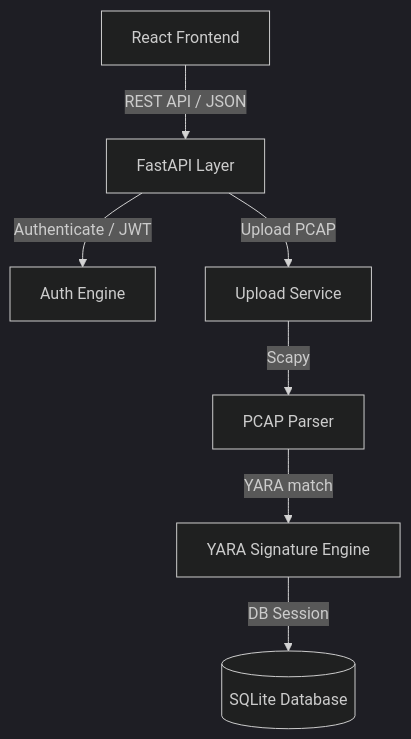
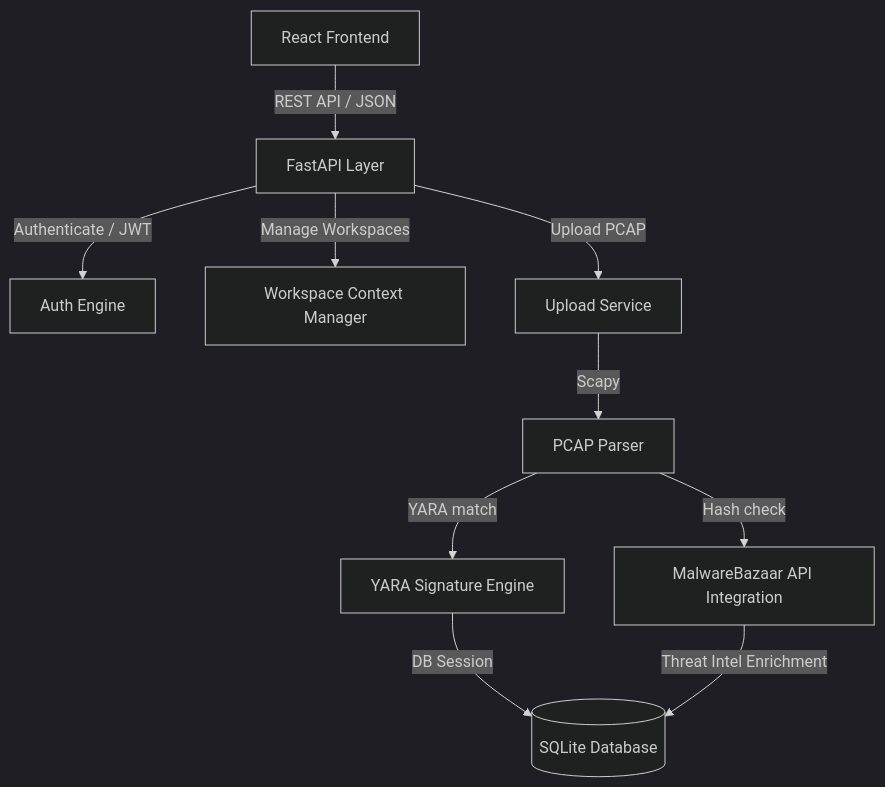
The diagram in README.md (pradeeshl/Cerberus-Hash), drawn with Mermaid (dark theme) before and after one commit. The commit also changed other lines of this file, not shown here.

````diff
--- a/README.md
+++ b/README.md
@@ -27,9 +37,12 @@
 ```mermaid
 graph TD
     Client[React Frontend] -->|REST API / JSON| API[FastAPI Layer]
     API -->|Authenticate / JWT| Auth[Auth Engine]
+    API -->|Manage Workspaces| Workspace[Workspace Context Manager]
     API -->|Upload PCAP| Upload[Upload Service]
     Upload -->|Scapy| Parser[PCAP Parser]
     Parser -->|YARA match| Yara[YARA Signature Engine]
+    Parser -->|Hash check| Bazaar[MalwareBazaar API Integration]
     Yara -->|DB Session| SQLite[(SQLite Database)]
+    Bazaar -->|Threat Intel Enrichment| SQLite
 ```
````
